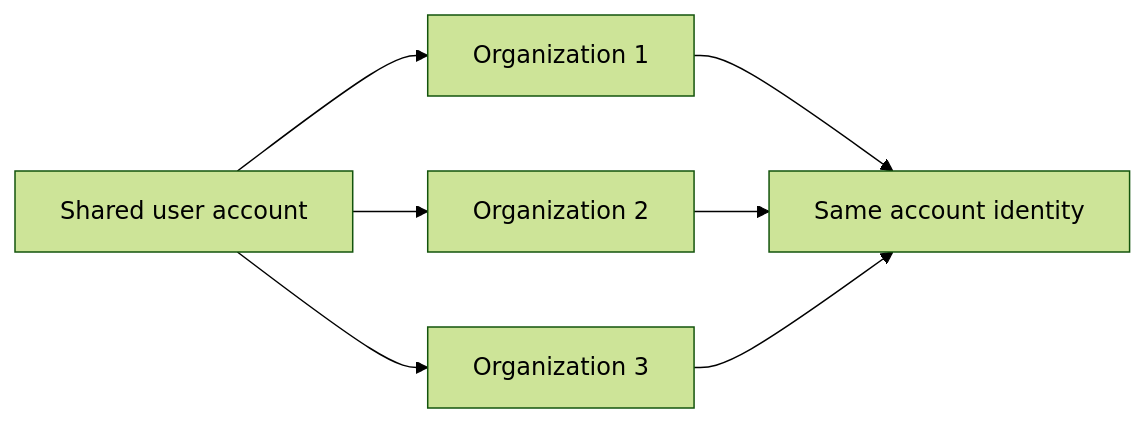
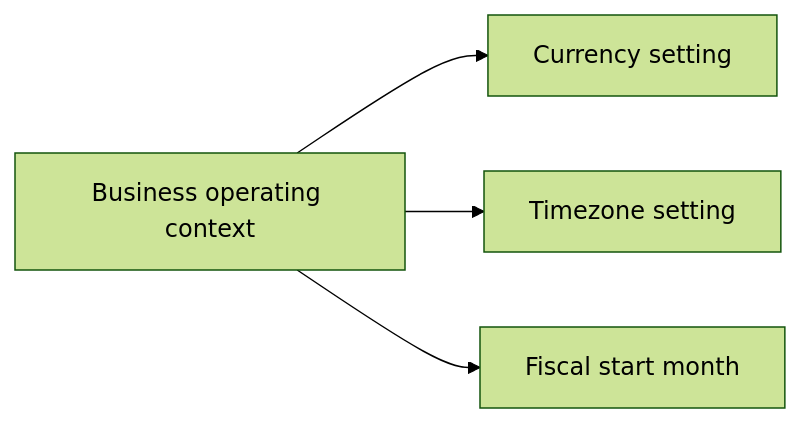
One commit to wrtnlabs/autobe-examples changed the fourth of 24 diagrams in openai/gpt-5.4-mini/erp/docs/analysis/04-business-rules.md. Above: the diagram before and after it, drawn with Mermaid (forest theme). The commit also changed other lines of this file and 9017 other files, not shown here.

````diff
--- a/openai/gpt-5.4-mini/erp/docs/analysis/04-business-rules.md
+++ b/openai/gpt-5.4-mini/erp/docs/analysis/04-business-rules.md
@@ -117,9 +105,6 @@
 ```mermaid
 flowchart LR
-    A["Shared user account"] --> B["Organization 1"]
-    A --> C["Organization 2"]
-    A --> D["Organization 3"]
-    B --> E["Same account identity"]
-    C --> E
-    D --> E
+    A["Business operating context"] --> B["Currency setting"]
+    A --> C["Timezone setting"]
+    A --> D["Fiscal start month"]
 ```
````
